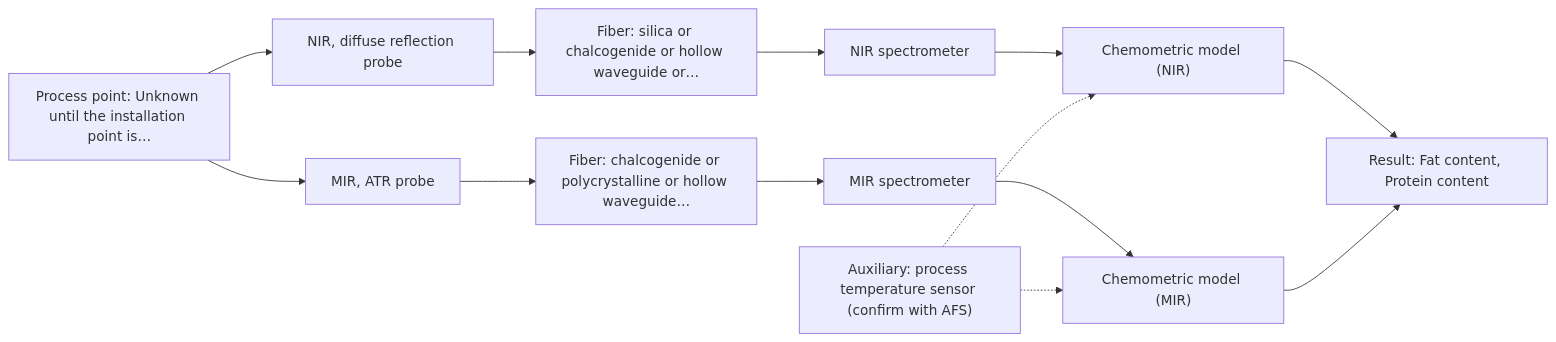
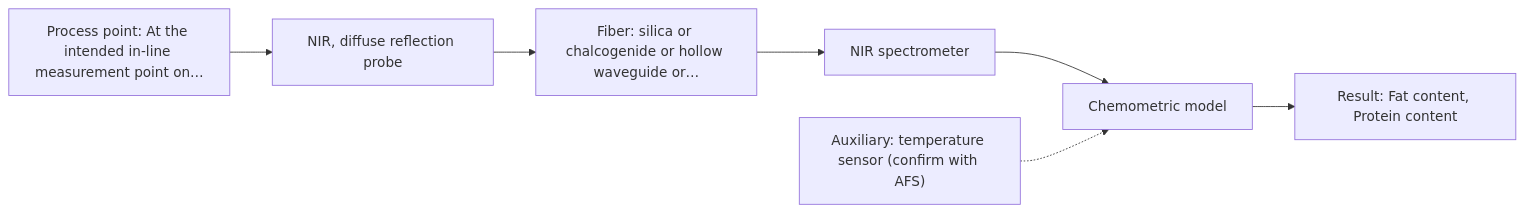
The first of 2 diagrams in outputs/dev/D02.md (sleipnir029/Afs-Spectroscopy-Assistant), drawn with Mermaid before and after one commit. The commit also changed other lines of this file and 15 other files, not shown here.

Commit message:
Phase 4 dev outputs (--external=live, code f6538ee): 8/8 pass, 0 hard failures, 227/227 citations, replay 8/8 equal, 15/15 charts, 8/8 cost

````diff
--- a/outputs/dev/D02.md
+++ b/outputs/dev/D02.md
@@ -36,26 +38,16 @@
 ```mermaid
 flowchart LR
-    proc["Process point: Unknown until the installation point is…"]
+    proc["Process point: At the intended in-line measurement point on…"]
     probe1["NIR, diffuse reflection probe"]
     fiber1["Fiber: silica or chalcogenide or hollow waveguide or…"]
     spec1["NIR spectrometer"]
-    model1["Chemometric model (NIR)"]
-    probe2["MIR, ATR probe"]
-    fiber2["Fiber: chalcogenide or polycrystalline or hollow waveguide…"]
-    spec2["MIR spectrometer"]
-    model2["Chemometric model (MIR)"]
+    model["Chemometric model"]
     result["Result: Fat content, Protein content"]
-    aux1["Auxiliary: process temperature sensor (confirm with AFS)"]
+    aux1["Auxiliary: temperature sensor (confirm with AFS)"]
     proc --> probe1
     probe1 --> fiber1
     fiber1 --> spec1
-    spec1 --> model1
-    proc --> probe2
-    probe2 --> fiber2
-    fiber2 --> spec2
-    spec2 --> model2
-    model1 --> result
-    model2 --> result
-    aux1 -.-> model1
-    aux1 -.-> model2
+    spec1 --> model
+    model --> result
+    aux1 -.-> model
 ```
````
